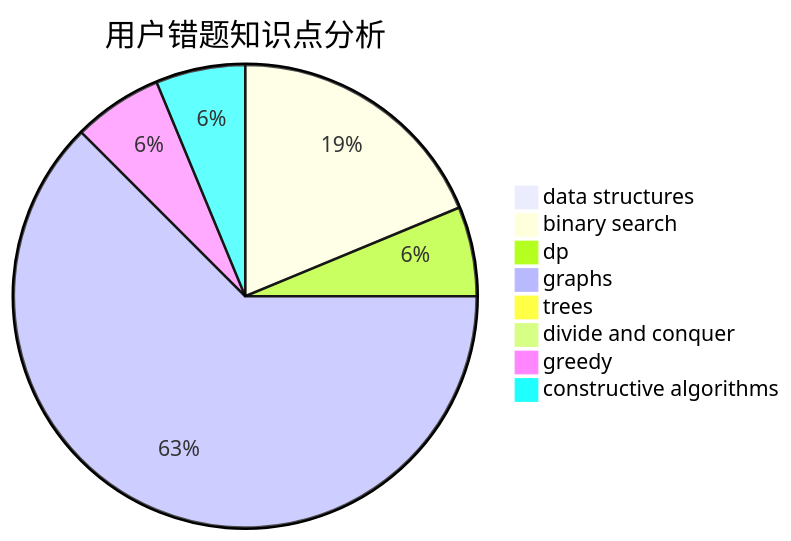
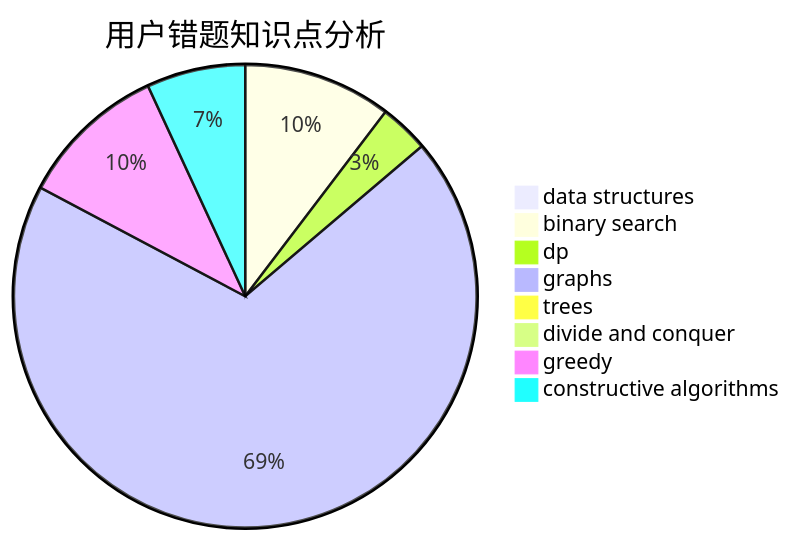
The third of 3 diagrams in docs/user/u179.md (sherpahu/cfrs.github.io), drawn with Mermaid before and after one commit. The commit also changed other lines of this file and 2770 other files, not shown here.

````diff
--- a/docs/user/u179.md
+++ b/docs/user/u179.md
@@ -36,11 +36,11 @@
 ```mermaid
 pie title 用户错题知识点分析
     "data structures" :  0
     "binary search" :  3
     "dp" :  1
-    "graphs" :  10
+    "graphs" :  20
     "trees" :  0
     "divide and conquer" :  0
-    "greedy" :  1
-    "constructive algorithms" :  1
+    "greedy" :  3
+    "constructive algorithms" :  2
 ```
````
